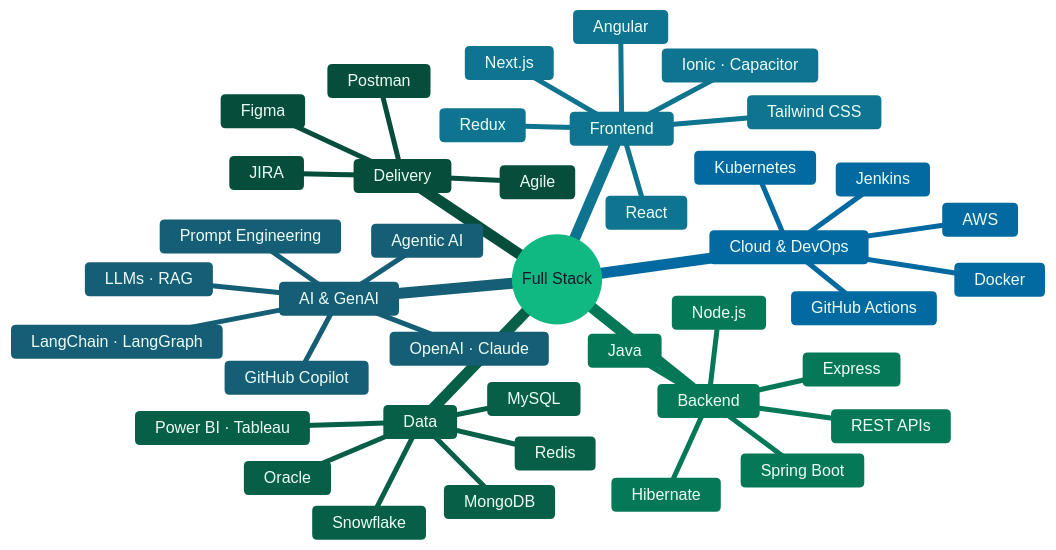
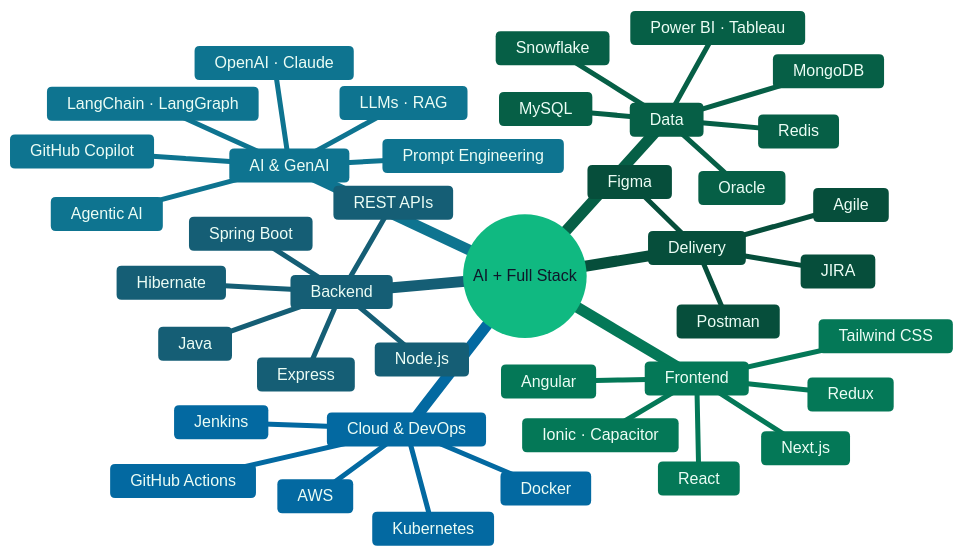
One commit to vishnu-ing/vishnu-ing changed the third of 10 diagrams in README.md. Above: the diagram before and after it, drawn with Mermaid. The commit also changed other lines of this file, not shown here.

````diff
--- a/README.md
+++ b/README.md
@@ -98,44 +125,44 @@
 ```mermaid
 %%{init: {"theme":"base","themeVariables":{"darkMode":true,"background":"#0F172A","git0":"#10B981","gitBranchLabel0":"#0F172A","primaryColor":"#111827","primaryBorderColor":"#10B981","primaryTextColor":"#E2E8F0","secondaryColor":"#064E3B","secondaryBorderColor":"#34D399","secondaryTextColor":"#ECFDF5","tertiaryColor":"#0B1220","tertiaryBorderColor":"#06B6D4","tertiaryTextColor":"#E2E8F0","mainBkg":"#111827","nodeBorder":"#10B981","clusterBkg":"#0B1220","clusterBorder":"#1E293B","lineColor":"#06B6D4","textColor":"#A7F3D0","edgeLabelBackground":"#0F172A","actorBkg":"#111827","actorBorder":"#10B981","actorTextColor":"#E2E8F0","actorLineColor":"#334155","signalColor":"#06B6D4","signalTextColor":"#A7F3D0","labelBoxBkgColor":"#111827","labelBoxBorderColor":"#10B981","labelTextColor":"#E2E8F0","loopTextColor":"#A7F3D0","noteBkgColor":"#064E3B","noteBorderColor":"#34D399","noteTextColor":"#ECFDF5","activationBkgColor":"#047857","activationBorderColor":"#34D399","sequenceNumberColor":"#0F172A","cScale0":"#064E3B","cScaleLabel0":"#ECFDF5","cScalePeer0":"#34D399","cScale1":"#0E7490","cScaleLabel1":"#ECFDF5","cScalePeer1":"#34D399","cScale2":"#047857","cScaleLabel2":"#ECFDF5","cScalePeer2":"#34D399","cScale3":"#155E75","cScaleLabel3":"#ECFDF5","cScalePeer3":"#34D399","cScale4":"#065F46","cScaleLabel4":"#ECFDF5","cScalePeer4":"#34D399","cScale5":"#0369A1","cScaleLabel5":"#ECFDF5","cScalePeer5":"#34D399","cScale6":"#064E3B","cScaleLabel6":"#ECFDF5","cScalePeer6":"#34D399","cScale7":"#0E7490","cScaleLabel7":"#ECFDF5","cScalePeer7":"#34D399","cScale8":"#047857","cScaleLabel8":"#ECFDF5","cScalePeer8":"#34D399","cScale9":"#155E75","cScaleLabel9":"#ECFDF5","cScalePeer9":"#34D399","cScale10":"#065F46","cScaleLabel10":"#ECFDF5","cScalePeer10":"#34D399","cScale11":"#0369A1","cScaleLabel11":"#ECFDF5","cScalePeer11":"#34D399"}}}%%
 mindmap
-  root((Full Stack))
+  root((AI + Full Stack))
+    AI & GenAI
+      LLMs · RAG
+      Agentic AI
+      OpenAI · Claude
+      LangChain · LangGraph
+      Prompt Engineering
+      GitHub Copilot
     Frontend
       React
       Next.js
       Angular
       Ionic · Capacitor
       Redux
       Tailwind CSS
     Backend
       Java
       Spring Boot
       Hibernate
       Node.js
       Express
       REST APIs
-    AI & GenAI
-      LLMs · RAG
-      Agentic AI
-      OpenAI · Claude
-      LangChain · LangGraph
-      Prompt Engineering
-      GitHub Copilot
     Data
       MySQL
       MongoDB
       Redis
       Oracle
       Snowflake
       Power BI · Tableau
     Cloud & DevOps
       AWS
       Docker
       Kubernetes
       Jenkins
       GitHub Actions
     Delivery
       Agile
       JIRA
       Postman
       Figma
 ```
````
